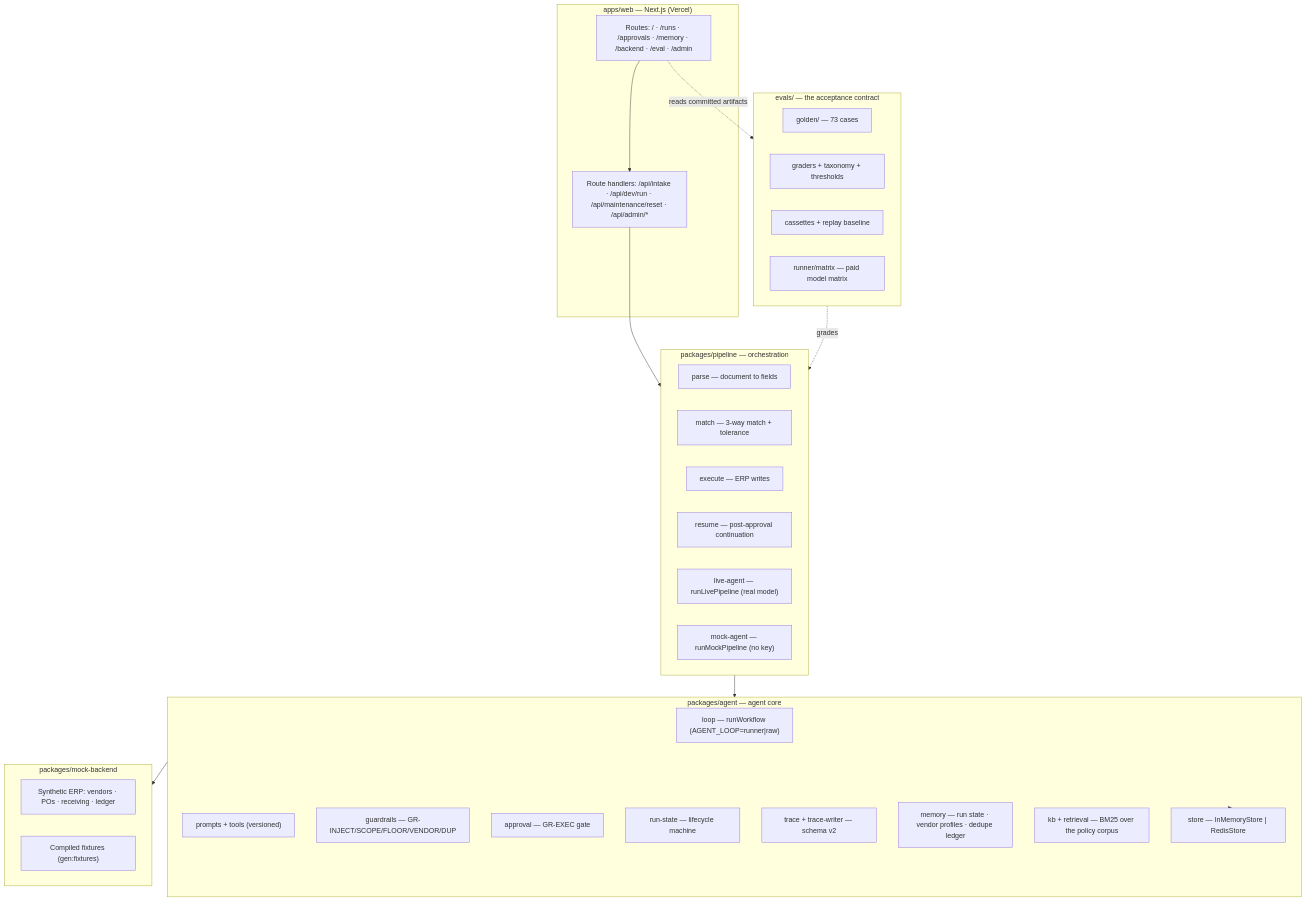
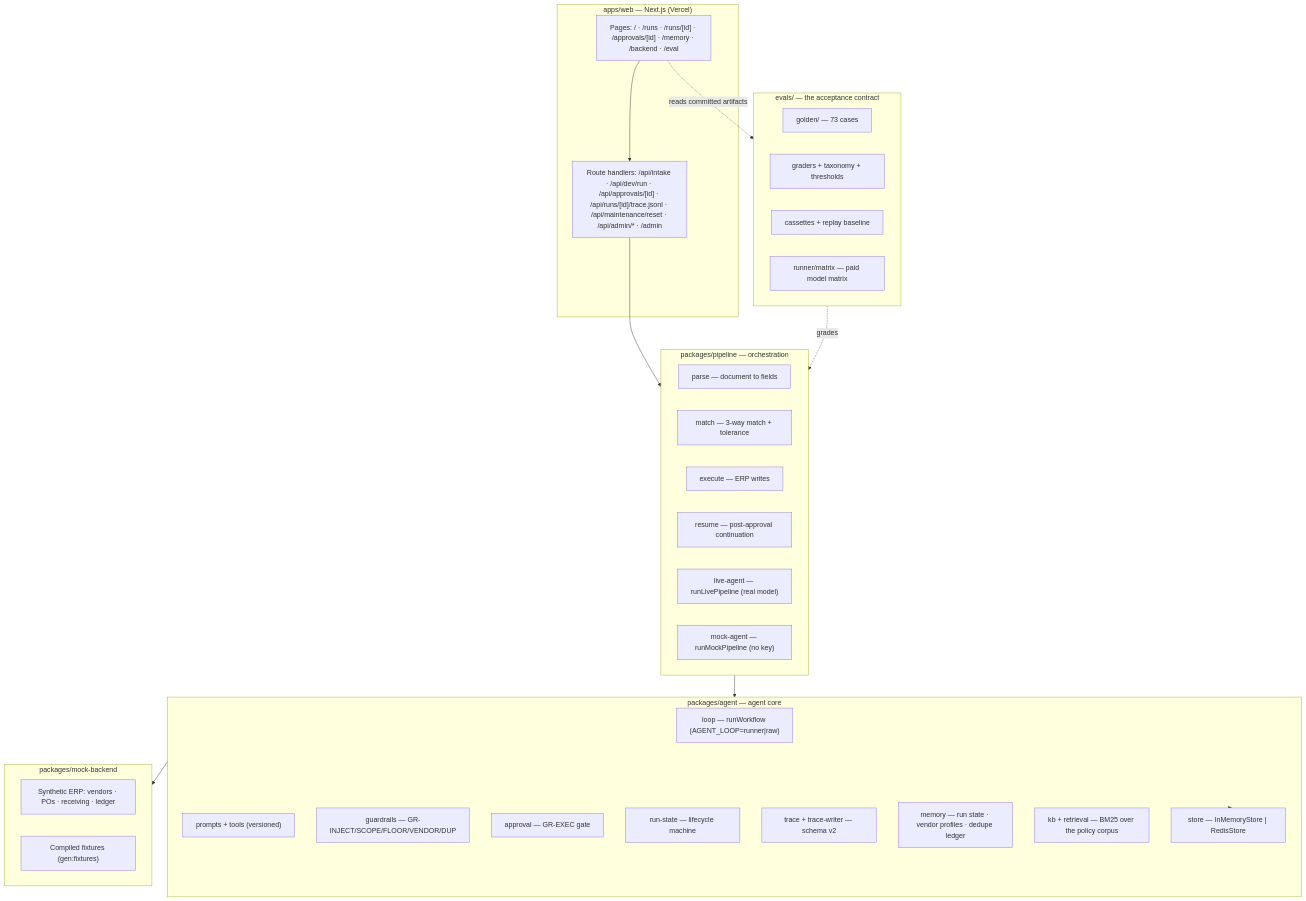
Before and after one commit to lotus-innovations/novagait-backoffice: the first of 4 diagrams in docs/architecture.md, drawn with Mermaid. The commit also changed other lines of this file and 2 other files, not shown here.

````diff
--- a/docs/architecture.md
+++ b/docs/architecture.md
@@ -28,48 +28,48 @@
 ```mermaid
 flowchart TB
   subgraph web["apps/web — Next.js (Vercel)"]
-    UI["Routes: / · /runs · /approvals · /memory · /backend · /eval · /admin"]
-    API["Route handlers: /api/intake · /api/dev/run · /api/maintenance/reset · /api/admin/*"]
+    UI["Pages: / · /runs · /runs/[id] · /approvals/[id] · /memory · /backend · /eval"]
+    API["Route handlers: /api/intake · /api/dev/run · /api/approvals/[id] · /api/runs/[id]/trace.jsonl · /api/maintenance/reset · /api/admin/* · /admin"]
   end
 
   subgraph pipeline["packages/pipeline — orchestration"]
     PARSE["parse — document to fields"]
     MATCH["match — 3-way match + tolerance"]
     EXEC["execute — ERP writes"]
     RESUME["resume — post-approval continuation"]
     LIVE["live-agent — runLivePipeline (real model)"]
     MOCK["mock-agent — runMockPipeline (no key)"]
   end
 
   subgraph agent["packages/agent — agent core"]
     LOOP["loop — runWorkflow (AGENT_LOOP=runner|raw)"]
     PROMPTS["prompts + tools (versioned)"]
     GUARD["guardrails — GR-INJECT/SCOPE/FLOOR/VENDOR/DUP"]
     APPROVAL["approval — GR-EXEC gate"]
     STATE["run-state — lifecycle machine"]
     TRACE["trace + trace-writer — schema v2"]
     MEM["memory — run state · vendor profiles · dedupe ledger"]
     KB["kb + retrieval — BM25 over the policy corpus"]
     STORE["store — InMemoryStore | RedisStore"]
   end
 
   subgraph mock["packages/mock-backend"]
     ERP["Synthetic ERP: vendors · POs · receiving · ledger"]
     FIX["Compiled fixtures (gen:fixtures)"]
   end
 
   subgraph evals["evals/ — the acceptance contract"]
     GOLD["golden/ — 73 cases"]
     GRADERS["graders + taxonomy + thresholds"]
     CASS["cassettes + replay baseline"]
     MATRIX["runner/matrix — paid model matrix"]
   end
 
   UI --> API
   API --> pipeline
   pipeline --> agent
   agent --> mock
   agent --> STORE
   evals -.grades.-> pipeline
   UI -.reads committed artifacts.-> evals
 ```
````
